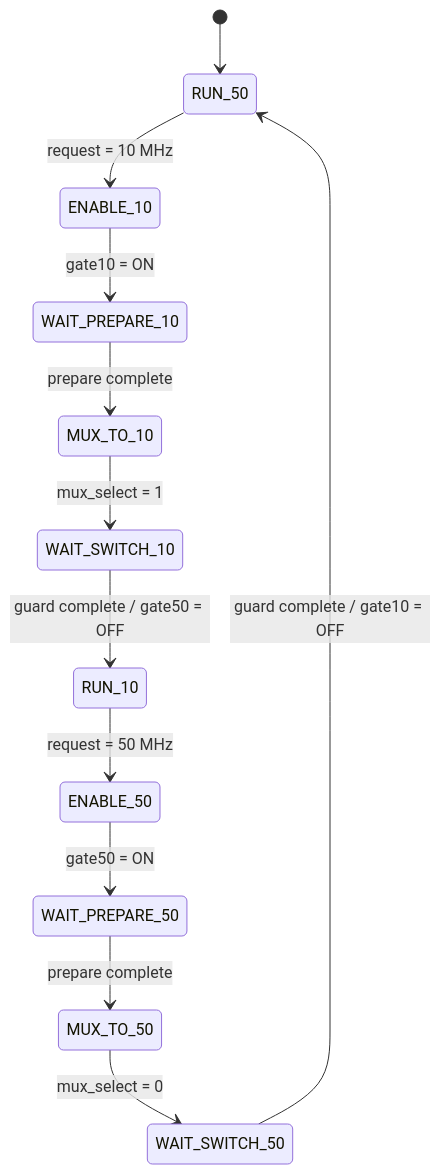
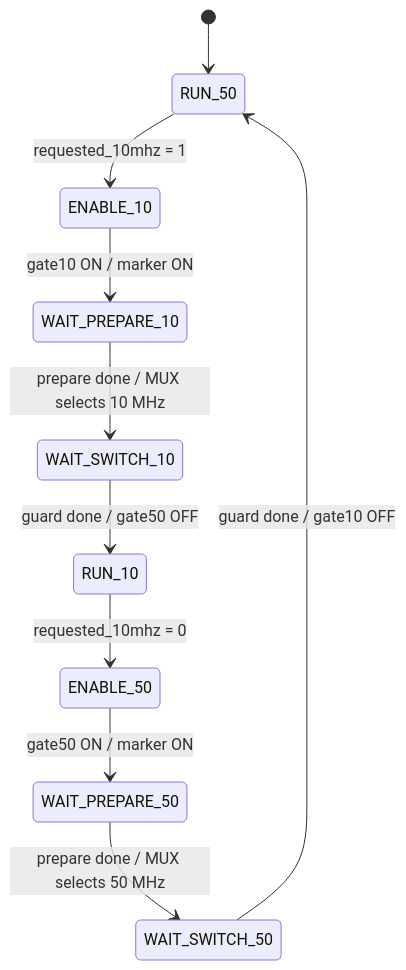
One commit to Jiayhocoding/iopll_niosv_50_10_mux_gating changed the third of 4 diagrams in README.md. Above: the diagram before and after it, drawn with Mermaid. The commit also changed other lines of this file, not shown here.

Commit message:
docs: realign README with current mux gating implementation

````diff
--- a/README.md
+++ b/README.md
@@ -135,16 +92,14 @@
 ```mermaid
 stateDiagram-v2
     [*] --> RUN_50
 
-    RUN_50 --> ENABLE_10: request = 10 MHz
-    ENABLE_10 --> WAIT_PREPARE_10: gate10 = ON
-    WAIT_PREPARE_10 --> MUX_TO_10: prepare complete
-    MUX_TO_10 --> WAIT_SWITCH_10: mux_select = 1
-    WAIT_SWITCH_10 --> RUN_10: guard complete / gate50 = OFF
+    RUN_50 --> ENABLE_10: requested_10mhz = 1
+    ENABLE_10 --> WAIT_PREPARE_10: gate10 ON / marker ON
+    WAIT_PREPARE_10 --> WAIT_SWITCH_10: prepare done / MUX selects 10 MHz
+    WAIT_SWITCH_10 --> RUN_10: guard done / gate50 OFF
 
-    RUN_10 --> ENABLE_50: request = 50 MHz
-    ENABLE_50 --> WAIT_PREPARE_50: gate50 = ON
-    WAIT_PREPARE_50 --> MUX_TO_50: prepare complete
-    MUX_TO_50 --> WAIT_SWITCH_50: mux_select = 0
-    WAIT_SWITCH_50 --> RUN_50: guard complete / gate10 = OFF
+    RUN_10 --> ENABLE_50: requested_10mhz = 0
+    ENABLE_50 --> WAIT_PREPARE_50: gate50 ON / marker ON
+    WAIT_PREPARE_50 --> WAIT_SWITCH_50: prepare done / MUX selects 50 MHz
+    WAIT_SWITCH_50 --> RUN_50: guard done / gate10 OFF
 ```
````
